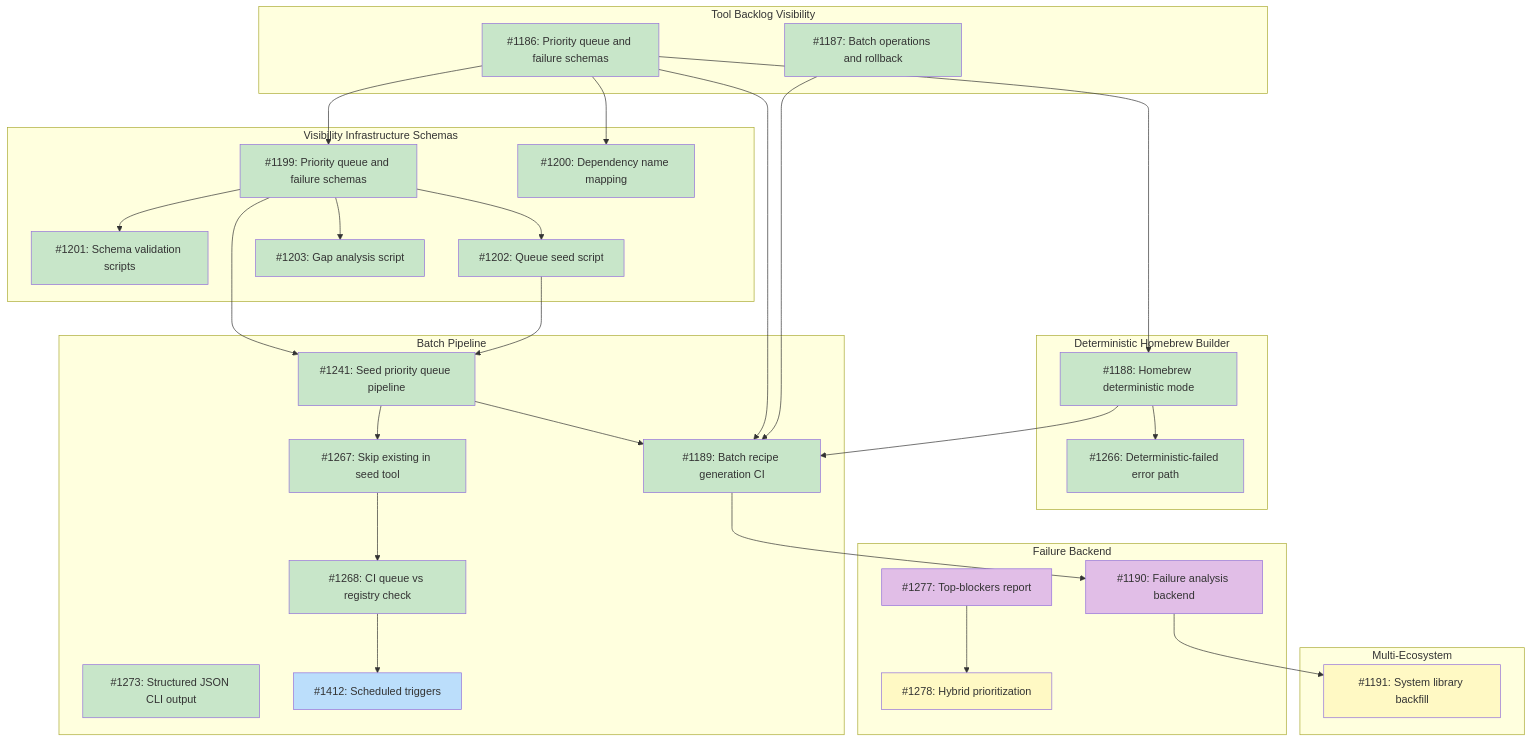
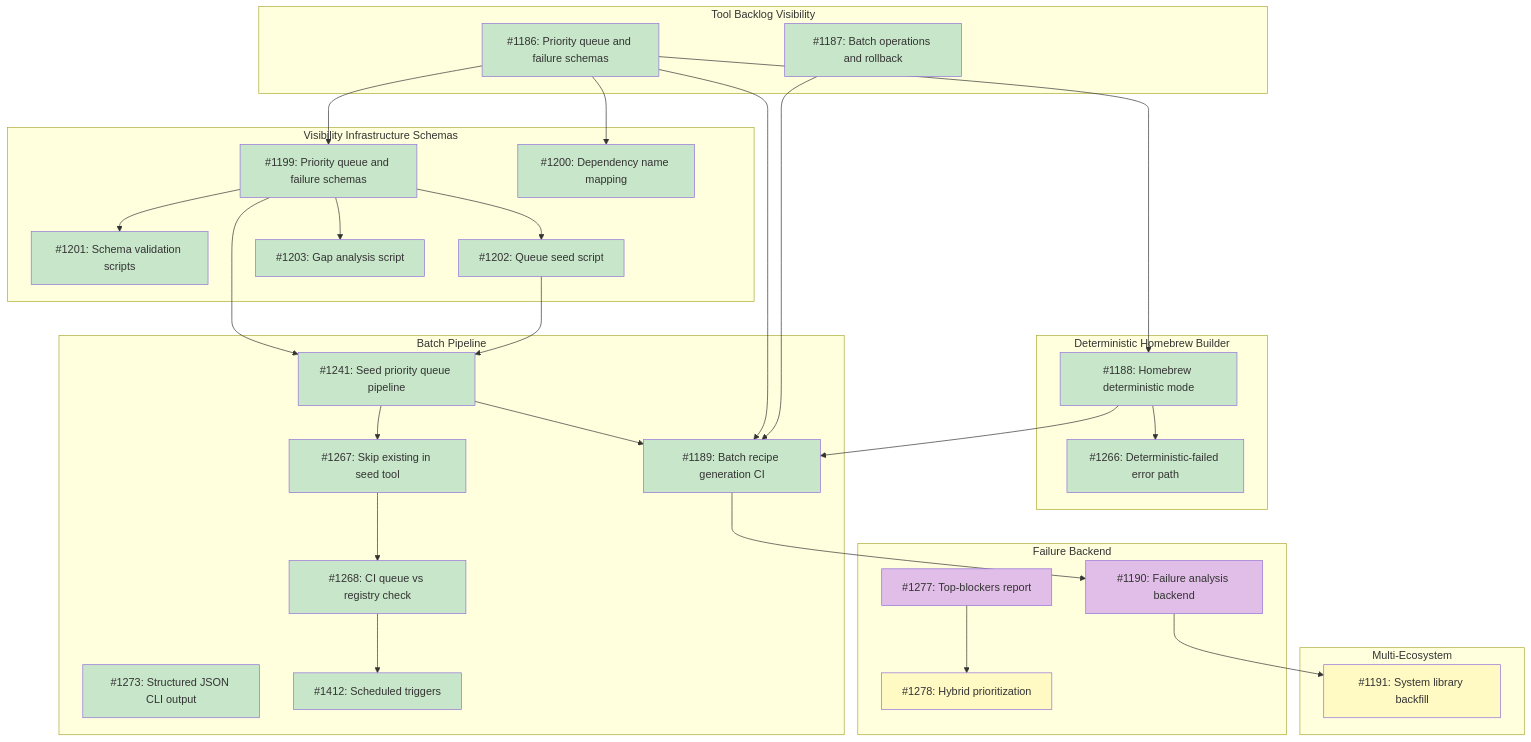
One commit to tsukumogami/tsuku changed the diagram in docs/designs/DESIGN-registry-scale-strategy.md. Above: the diagram before and after it, drawn with Mermaid. The commit also changed other lines of this file and 2 other files, not shown here.

Commit message:
ci(batch): add scheduled triggers for queue seeding and batch generation (#1417)
Both the queue seeding and batch generation workflows required manual
`workflow_dispatch` triggers. This adds cron schedules so the Homebrew
pipeline runs autonomously:

- **seed-queue.yml**: weekly (Sunday 03:00 UTC) with limit=1000
- **batch-generate.yml**: every 3 hours with batch_size=10

Input references are migrated to workflow-level `env` vars with fallback
defaults, so scheduled runs get sensible values while
`workflow_dispatch` continues to work with user-supplied inputs.

````diff
--- a/docs/designs/DESIGN-registry-scale-strategy.md
+++ b/docs/designs/DESIGN-registry-scale-strategy.md
@@ -154,6 +154,6 @@
     class I1190 needsDesign
     class I1277 needsDesign
     class I1278 blocked
-    class I1412 ready
+    class I1412 done
     class I1191 blocked
 ```
````
